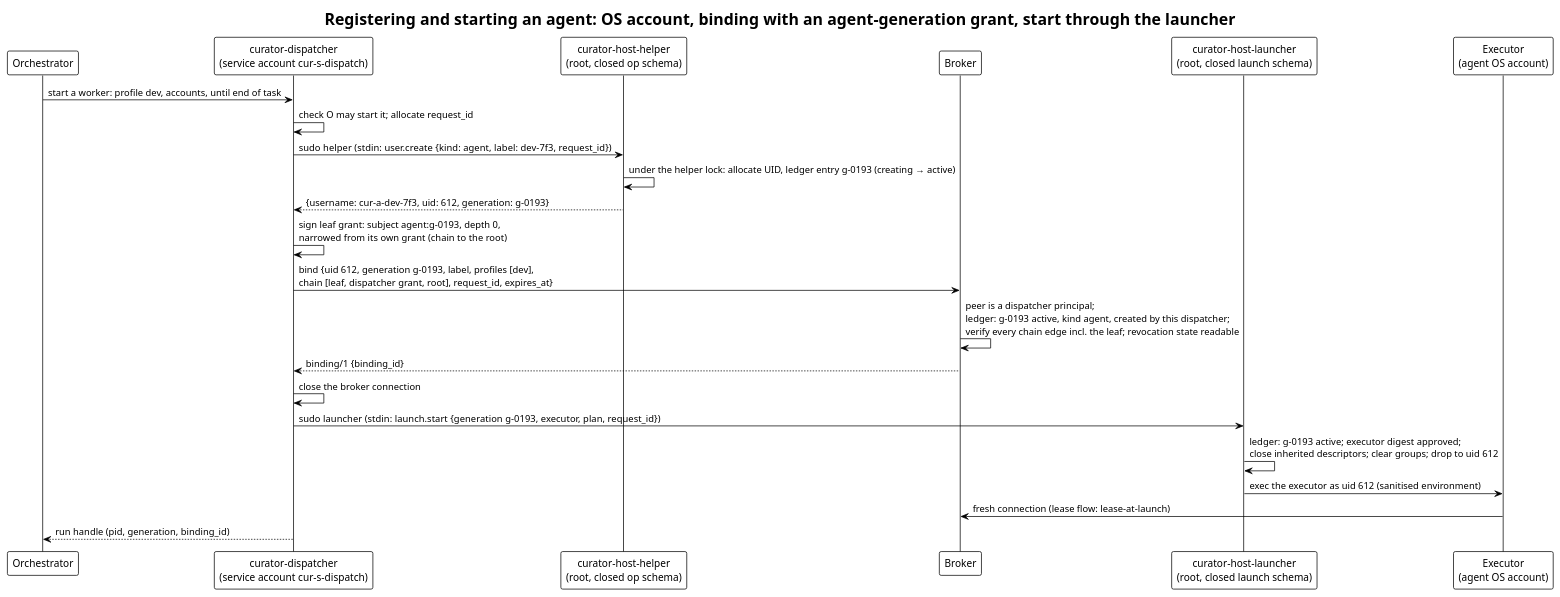
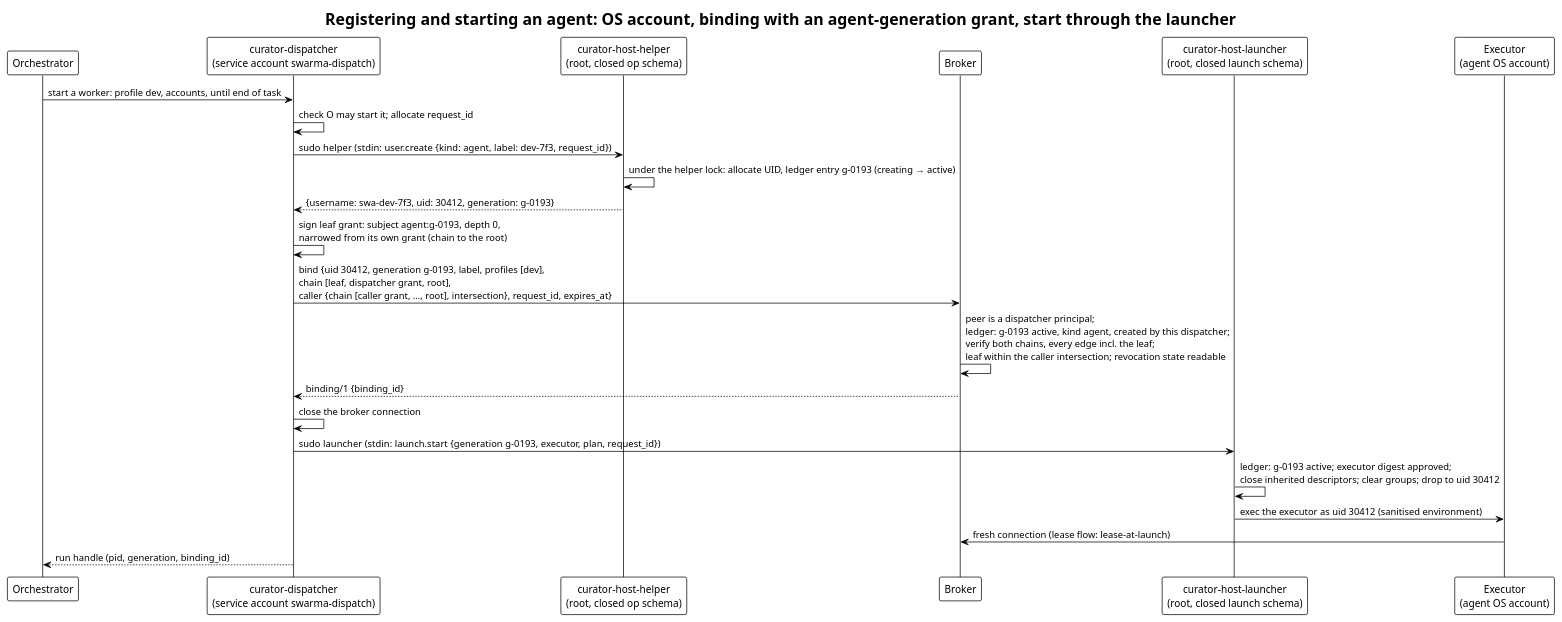
The diagram in diagrams/agent-registration.puml (relux-works/curator-credential-broker), drawn with PlantUML before and after one commit. The commit also changed 4 other files, not shown here.

First line of the commit message:
Revise the broker (v0.3): caller authorization dependency, frozen vocabulary, swarma paths

```diff
--- a/diagrams/agent-registration.puml
+++ b/diagrams/agent-registration.puml
@@ -1,27 +1,27 @@
 @startuml agent-registration
 !theme plain
 title Registering and starting an agent: OS account, binding with an agent-generation grant, start through the launcher
 
 participant "Orchestrator" as O
-participant "curator-dispatcher\n(service account cur-s-dispatch)" as D
+participant "curator-dispatcher\n(service account swarma-dispatch)" as D
 participant "curator-host-helper\n(root, closed op schema)" as H
 participant "Broker" as B
 participant "curator-host-launcher\n(root, closed launch schema)" as L
 participant "Executor\n(agent OS account)" as E
 
 O -> D: start a worker: profile dev, accounts, until end of task
 D -> D: check O may start it; allocate request_id
 D -> H: sudo helper  (stdin: user.create {kind: agent, label: dev-7f3, request_id})
 H -> H: under the helper lock: allocate UID, ledger entry g-0193 (creating → active)
-H --> D: {username: cur-a-dev-7f3, uid: 612, generation: g-0193}
+H --> D: {username: swa-dev-7f3, uid: 30412, generation: g-0193}
 D -> D: sign leaf grant: subject agent:g-0193, depth 0,\nnarrowed from its own grant (chain to the root)
-D -> B: bind {uid 612, generation g-0193, label, profiles [dev],\nchain [leaf, dispatcher grant, root], request_id, expires_at}
-B -> B: peer is a dispatcher principal;\nledger: g-0193 active, kind agent, created by this dispatcher;\nverify every chain edge incl. the leaf; revocation state readable
+D -> B: bind {uid 30412, generation g-0193, label, profiles [dev],\nchain [leaf, dispatcher grant, root],\ncaller {chain [caller grant, …, root], intersection}, request_id, expires_at}
+B -> B: peer is a dispatcher principal;\nledger: g-0193 active, kind agent, created by this dispatcher;\nverify both chains, every edge incl. the leaf;\nleaf within the caller intersection; revocation state readable
 B --> D: binding/1 {binding_id}
 D -> D: close the broker connection
 D -> L: sudo launcher  (stdin: launch.start {generation g-0193, executor, plan, request_id})
-L -> L: ledger: g-0193 active; executor digest approved;\nclose inherited descriptors; clear groups; drop to uid 612
-L -> E: exec the executor as uid 612 (sanitised environment)
+L -> L: ledger: g-0193 active; executor digest approved;\nclose inherited descriptors; clear groups; drop to uid 30412
+L -> E: exec the executor as uid 30412 (sanitised environment)
 E -> B: fresh connection (lease flow: lease-at-launch)
 D --> O: run handle (pid, generation, binding_id)
 @enduml
```
